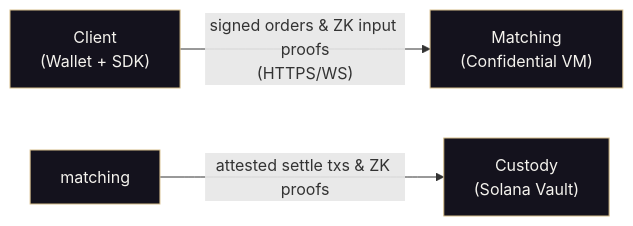
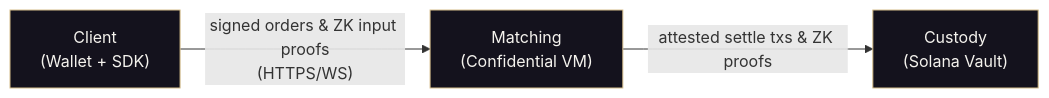
Before and after one commit to skysail-labs/website: the diagram in apps/demo/public/docs/get-started/overview.md, drawn with Mermaid. The commit also changed other lines of this file and 49 other files, not shown here.

First line of the commit message:
docs: trim overview and fix three-layers diagram

````diff
--- a/apps/demo/public/docs/get-started/overview.md
+++ b/apps/demo/public/docs/get-started/overview.md
@@ -50,7 +51,7 @@
 ```mermaid
 flowchart LR
     CLIENT["Client<br/>(Wallet + SDK)"] -->|"signed orders & ZK input proofs<br/>(HTTPS/WS)"| MATCHING["Matching<br/>(Confidential VM)"]
-    matching -->|"attested settle txs & ZK proofs"| CUSTODY["Custody<br/>(Solana Vault)"]
+    MATCHING -->|"attested settle txs & ZK proofs"| CUSTODY["Custody<br/>(Solana Vault)"]
     
     classDef default fill:#14121d,stroke:#d6be8b,stroke-width:1px,color:#f5f3ee;
 ```
````
